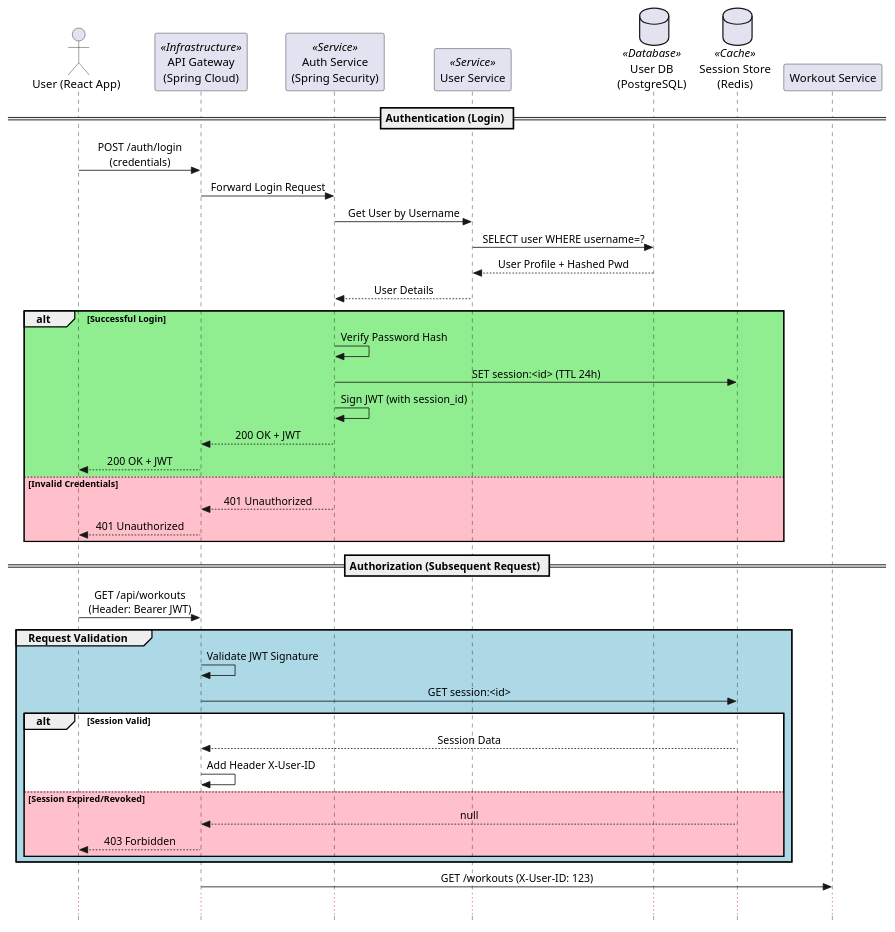
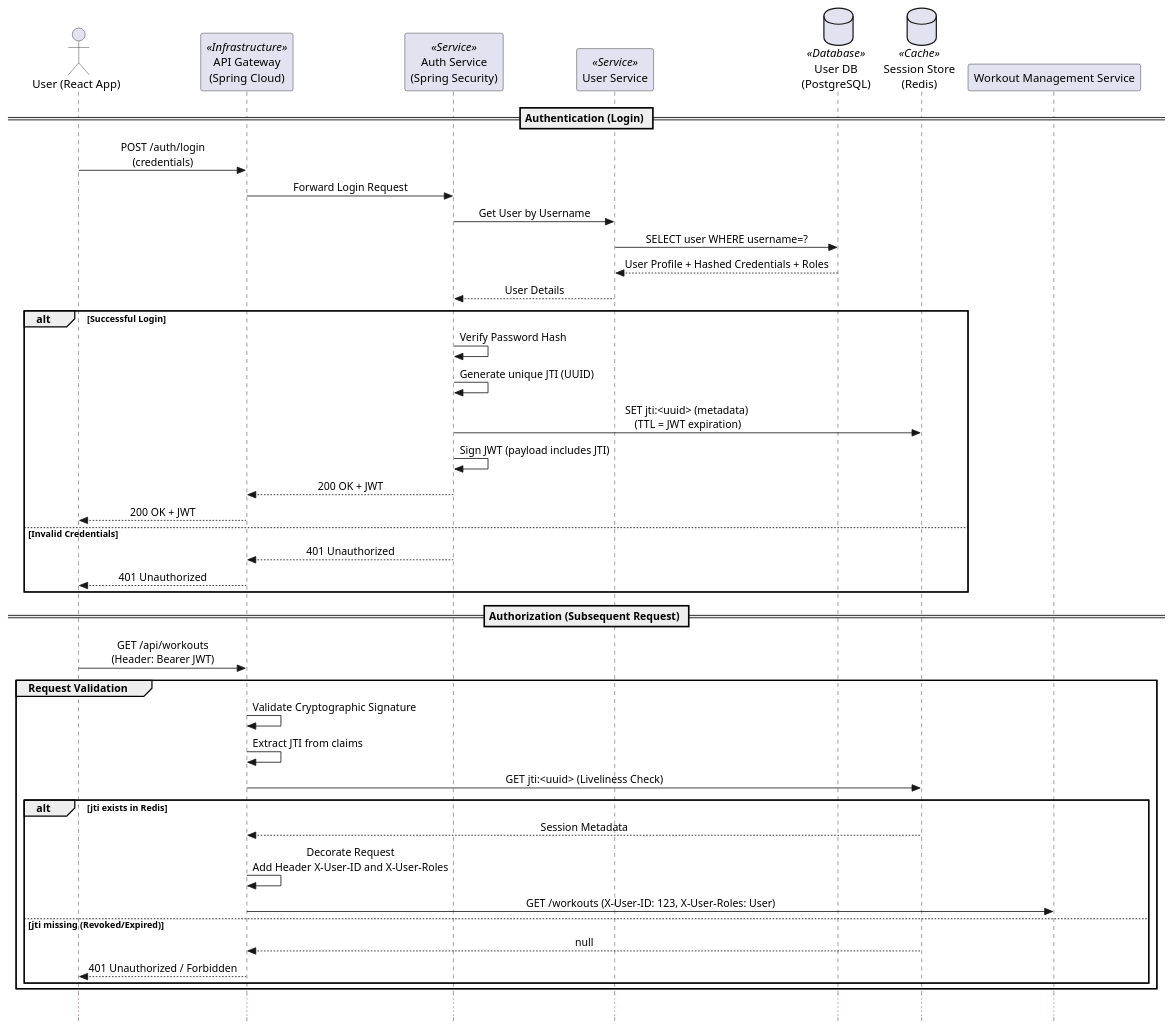
Before and after one commit to apratt3377/fitness-tracker: the diagram in arc42/images/auth.puml, drawn with PlantUML. The commit also changed 44 other files, not shown here.

```diff
--- a/arc42/images/auth.puml
+++ b/arc42/images/auth.puml
@@ -1,52 +1,53 @@
 @startuml
 skinparam Style strictuml
 skinparam sequenceMessageAlign center
 
 actor "User (React App)" as UI
 participant "API Gateway\n(Spring Cloud)" as GW <<Infrastructure>>
 participant "Auth Service\n(Spring Security)" as Auth <<Service>>
 participant "User Service" as UserSvc <<Service>>
 database "User DB\n(PostgreSQL)" as DB <<Database>>
 database "Session Store\n(Redis)" as Redis <<Cache>>
 
 == Authentication (Login) ==
 
 UI -> GW : POST /auth/login\n(credentials)
 GW -> Auth : Forward Login Request
 
 Auth -> UserSvc : Get User by Username
 UserSvc -> DB : SELECT user WHERE username=?
-DB --> UserSvc : User Profile + Hashed Pwd
+DB --> UserSvc : User Profile + Hashed Credentials + Roles
 UserSvc --> Auth : User Details
 
-alt #LightGreen Successful Login
+alt Successful Login
     Auth -> Auth : Verify Password Hash
-    Auth -> Redis : SET session:<id> (TTL 24h)
-    Auth -> Auth : Sign JWT (with session_id)
+    Auth -> Auth : Generate unique JTI (UUID)
+    Auth -> Redis : SET jti:<uuid> (metadata) \n(TTL = JWT expiration)
+    Auth -> Auth : Sign JWT (payload includes JTI)
     Auth --> GW : 200 OK + JWT
     GW --> UI : 200 OK + JWT
-else #Pink Invalid Credentials
+else Invalid Credentials
     Auth --> GW : 401 Unauthorized
     GW --> UI : 401 Unauthorized
 end
 
 == Authorization (Subsequent Request) ==
 
 UI -> GW : GET /api/workouts\n(Header: Bearer JWT)
 
-group #LightBlue Request Validation
-    GW -> GW : Validate JWT Signature
-    GW -> Redis : GET session:<id>
+group Request Validation
+    GW -> GW : Validate Cryptographic Signature
+    GW -> GW : Extract JTI from claims
+    GW -> Redis : GET jti:<uuid> (Liveliness Check)
     
-    alt #White Session Valid
-        Redis --> GW : Session Data
-        GW -> GW : Add Header X-User-ID
-    else #Pink Session Expired/Revoked
+    alt jti exists in Redis
+        Redis --> GW : Session Metadata
+        GW -> GW : Decorate Request\nAdd Header X-User-ID and X-User-Roles
+        GW -> "Workout Management Service" : GET /workouts (X-User-ID: 123, X-User-Roles: User)
+    else jti missing (Revoked/Expired)
         Redis --> GW : null
-        GW --> UI : 403 Forbidden
+        GW --> UI : 401 Unauthorized / Forbidden
     end
 end
-
-GW -> "Workout Service" : GET /workouts (X-User-ID: 123)
 ...
 @enduml
```
